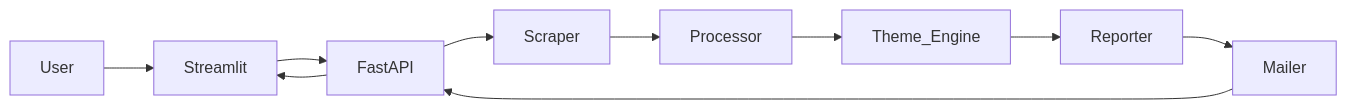
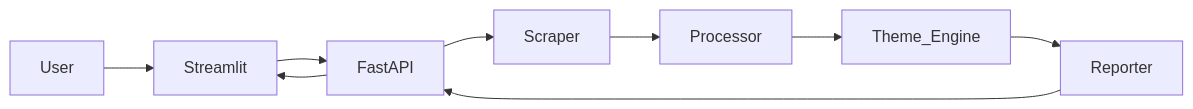
The diagram in README.md (vaishnavipasumarthi-spec/Spotify_ReviewAnalyser-), drawn with Mermaid before and after one commit. The commit also changed 1 other file, not shown here.

Commit message:
Cleanup: Removed Phase 5 Email Automation from documentation and user flow

````diff
--- a/README.md
+++ b/README.md
@@ -10,12 +10,11 @@
 ```mermaid
 graph LR
     User --> Streamlit
     Streamlit --> FastAPI
     FastAPI --> Scraper
     Scraper --> Processor
     Processor --> Theme_Engine
     Theme_Engine --> Reporter
-    Reporter --> Mailer
-    Mailer --> FastAPI
+    Reporter --> FastAPI
     FastAPI --> Streamlit
 ```
````
